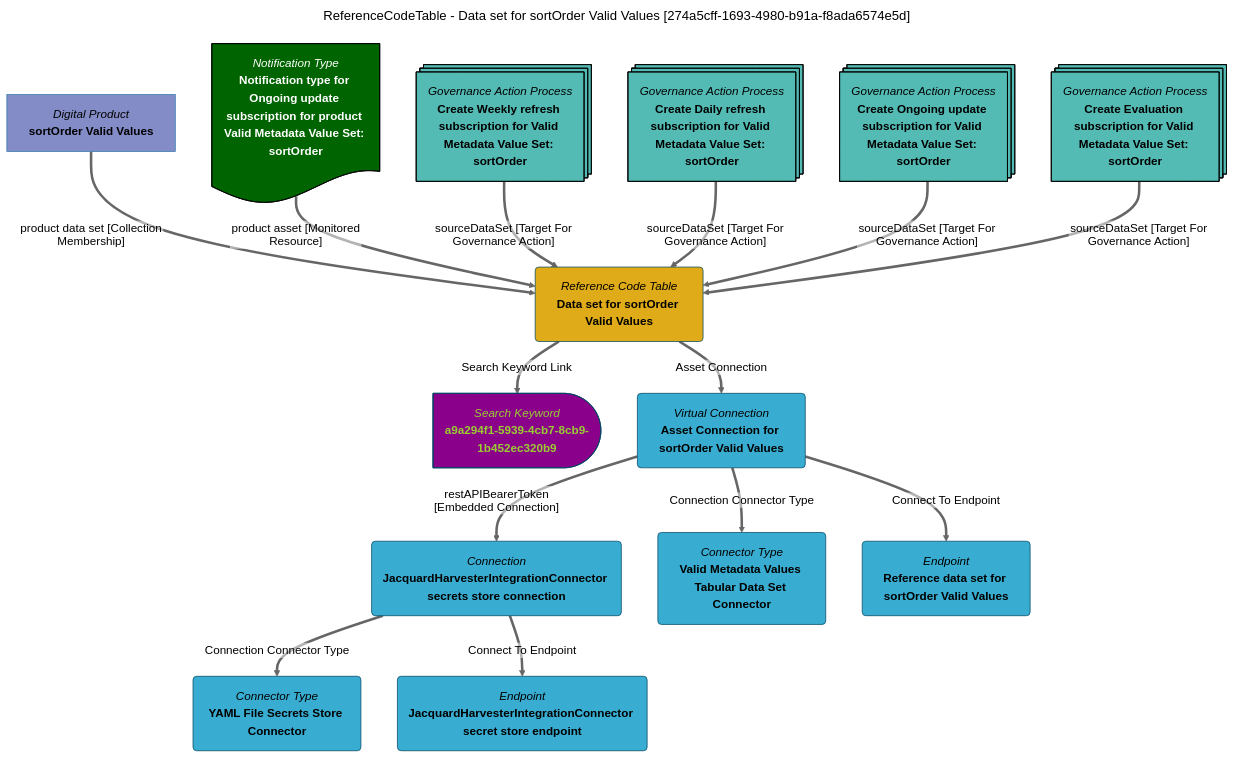
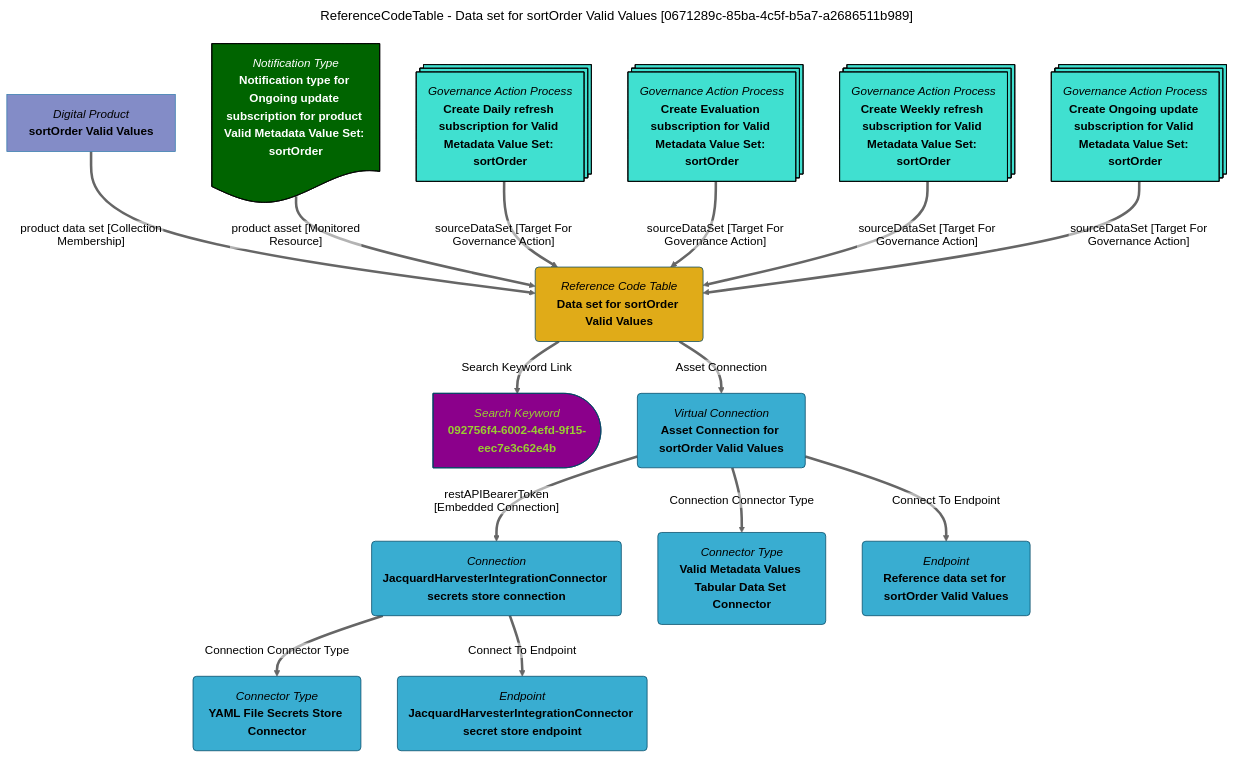
Before and after one commit to odpi/egeria-docs: the diagram in site/snippets/data-assets/data-set-for-sortorder-valid-values-mermaid-graph.md, drawn with Mermaid (neutral theme). The commit also changed 2201 other files, not shown here.

````diff
--- a/site/snippets/data-assets/data-set-for-sortorder-valid-values-mermaid-graph.md
+++ b/site/snippets/data-assets/data-set-for-sortorder-valid-values-mermaid-graph.md
@@ -1,63 +1,63 @@
 ```mermaid
 ---
-title: ReferenceCodeTable - Data set for sortOrder Valid Values [274a5cff-1693-4980-b91a-f8ada6574e5d]
+title: ReferenceCodeTable - Data set for sortOrder Valid Values [0671289c-85ba-4c5f-b5a7-a2686511b989]
 ---
 flowchart TD
 %%{init: {"flowchart": {"htmlLabels": false}} }%%
 
 1@{ shape: rounded, label: "*Reference Code Table*
 **Data set for sortOrder Valid Values**"}
 2@{ shape: delay, label: "*Search Keyword*
-**a9a294f1-5939-4cb7-8cb9-1b452ec320b9**"}
+**092756f4-6002-4efd-9f15-eec7e3c62e4b**"}
 1==>|"Search Keyword Link"|2
 3@{ shape: rect, label: "*Digital Product*
 **sortOrder Valid Values**"}
 3==>|"product data set [Collection Membership]"|1
 4@{ shape: rounded, label: "*Virtual Connection*
 **Asset Connection for sortOrder Valid Values**"}
 1==>|"Asset Connection"|4
 5@{ shape: rounded, label: "*Connection*
 **JacquardHarvesterIntegrationConnector secrets store connection**"}
 4==>|"restAPIBearerToken [Embedded Connection]"|5
 6@{ shape: rounded, label: "*Connector Type*
 **YAML File Secrets Store Connector**"}
 5==>|"Connection Connector Type"|6
 7@{ shape: rounded, label: "*Endpoint*
 **JacquardHarvesterIntegrationConnector secret store endpoint**"}
 5==>|"Connect To Endpoint"|7
 8@{ shape: rounded, label: "*Connector Type*
 **Valid Metadata Values Tabular Data Set Connector**"}
 4==>|"Connection Connector Type"|8
 9@{ shape: rounded, label: "*Endpoint*
 **Reference data set for sortOrder Valid Values**"}
 4==>|"Connect To Endpoint"|9
 10@{ shape: doc, label: "*Notification Type*
 **Notification type for Ongoing update subscription for product Valid Metadata Value Set: sortOrder**"}
 10==>|"product asset [Monitored Resource]"|1
 11@{ shape: processes, label: "*Governance Action Process*
-**Create Weekly refresh subscription for Valid Metadata Value Set: sortOrder**"}
+**Create Daily refresh subscription for Valid Metadata Value Set: sortOrder**"}
 11==>|"sourceDataSet [Target For Governance Action]"|1
 12@{ shape: processes, label: "*Governance Action Process*
-**Create Daily refresh subscription for Valid Metadata Value Set: sortOrder**"}
+**Create Evaluation subscription for Valid Metadata Value Set: sortOrder**"}
 12==>|"sourceDataSet [Target For Governance Action]"|1
 13@{ shape: processes, label: "*Governance Action Process*
-**Create Ongoing update subscription for Valid Metadata Value Set: sortOrder**"}
+**Create Weekly refresh subscription for Valid Metadata Value Set: sortOrder**"}
 13==>|"sourceDataSet [Target For Governance Action]"|1
 14@{ shape: processes, label: "*Governance Action Process*
-**Create Evaluation subscription for Valid Metadata Value Set: sortOrder**"}
+**Create Ongoing update subscription for Valid Metadata Value Set: sortOrder**"}
 14==>|"sourceDataSet [Target For Governance Action]"|1
-style 11 color:#000000, fill:#53bbb4, stroke:#000000
-style 12 color:#000000, fill:#53bbb4, stroke:#000000
-style 13 color:#000000, fill:#53bbb4, stroke:#000000
-style 14 color:#000000, fill:#53bbb4, stroke:#000000
+style 11 color:#000000, fill:#40E0D0, stroke:#000000
+style 12 color:#000000, fill:#40E0D0, stroke:#000000
+style 13 color:#000000, fill:#40E0D0, stroke:#000000
+style 14 color:#000000, fill:#40E0D0, stroke:#000000
 style 1 color:#000000, fill:#e0ab18, stroke:#004563
-style 2 color:#9acd32, fill:#8b008b, stroke:#004563
+style 2 color:#9ACD32, fill:#8B008B, stroke:#004563
 style 3 color:#000000, fill:#838cc7, stroke:#3079ab
 style 4 color:#000000, fill:#39add1, stroke:#004563
 style 5 color:#000000, fill:#39add1, stroke:#004563
 style 6 color:#000000, fill:#39add1, stroke:#004563
 style 7 color:#000000, fill:#39add1, stroke:#004563
 style 8 color:#000000, fill:#39add1, stroke:#004563
 style 9 color:#000000, fill:#39add1, stroke:#004563
 style 10 color:#FFFFFF, fill:#006400, stroke:#000000
 ```
````
